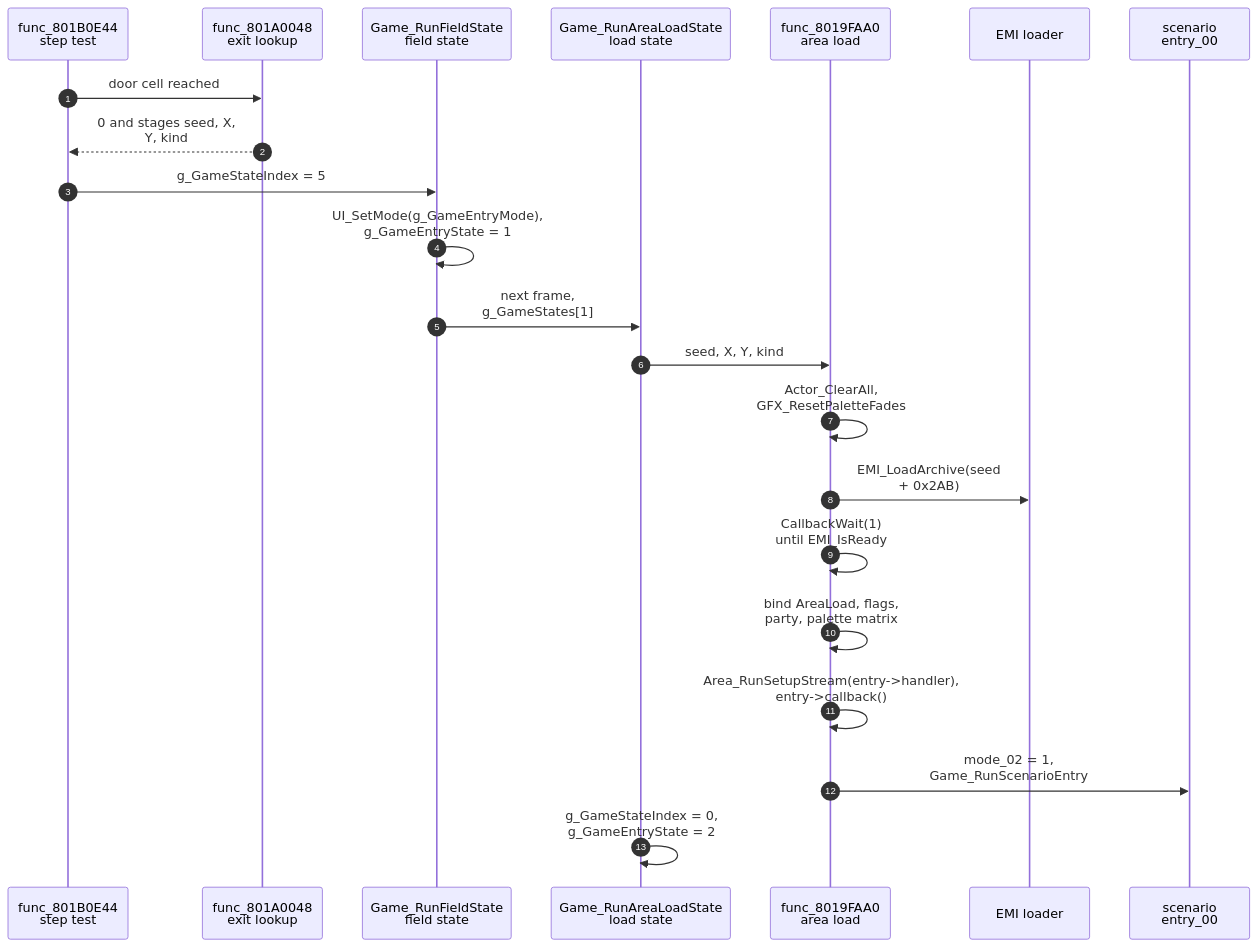
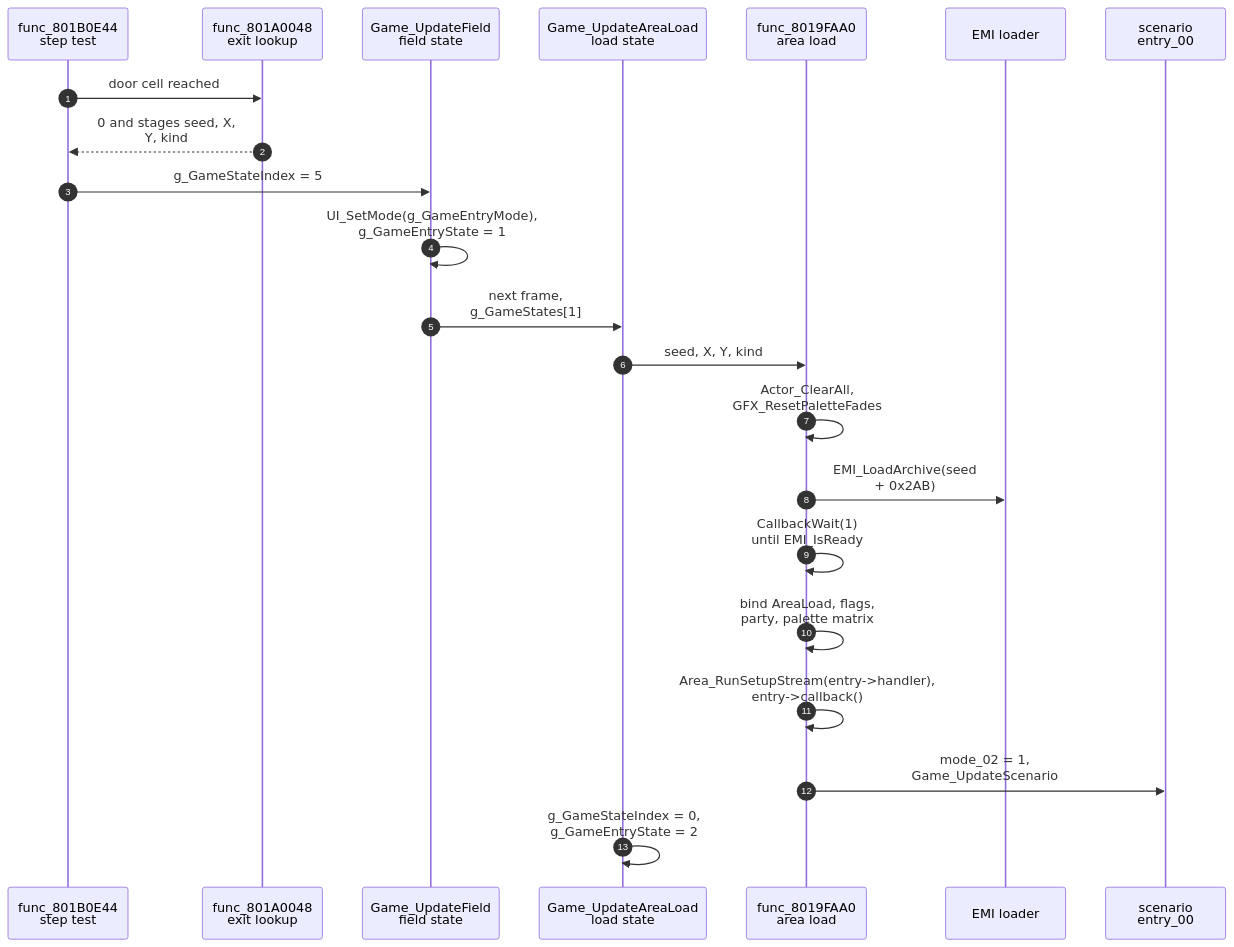
One commit to raulcorreia7/bof3-wiki changed the diagram in src/content/docs/systems/areas.md. Above: the diagram before and after it, drawn with Mermaid. The commit also changed other lines of this file and 29 other files, not shown here.

````diff
--- a/src/content/docs/systems/areas.md
+++ b/src/content/docs/systems/areas.md
@@ -50,24 +50,24 @@
 ```mermaid
 sequenceDiagram
     autonumber
     participant S as func_801B0E44<br/>step test
     participant X as func_801A0048<br/>exit lookup
-    participant F as Game_RunFieldState<br/>field state
-    participant L as Game_RunAreaLoadState<br/>load state
+    participant F as Game_UpdateField<br/>field state
+    participant L as Game_UpdateAreaLoad<br/>load state
     participant A as func_8019FAA0<br/>area load
     participant E as EMI loader
     participant R as scenario<br/>entry_00
     S->>X: door cell reached
     X-->>S: 0 and stages seed, X,<br/>Y, kind
     S->>F: g_GameStateIndex = 5
     F->>F: UI_SetMode(g_GameEntryMode),<br/>g_GameEntryState = 1
     F->>L: next frame,<br/>g_GameStates[1]
     L->>A: seed, X, Y, kind
     A->>A: Actor_ClearAll,<br/>GFX_ResetPaletteFades
     A->>E: EMI_LoadArchive(seed<br/>+ 0x2AB)
     A->>A: CallbackWait(1)<br/>until EMI_IsReady
     A->>A: bind AreaLoad, flags,<br/>party, palette matrix
     A->>A: Area_RunSetupStream(entry->handler),<br/>entry->callback()
-    A->>R: mode_02 = 1,<br/>Game_RunScenarioEntry
+    A->>R: mode_02 = 1,<br/>Game_UpdateScenario
     L->>L: g_GameStateIndex = 0,<br/>g_GameEntryState = 2
 ```
````
